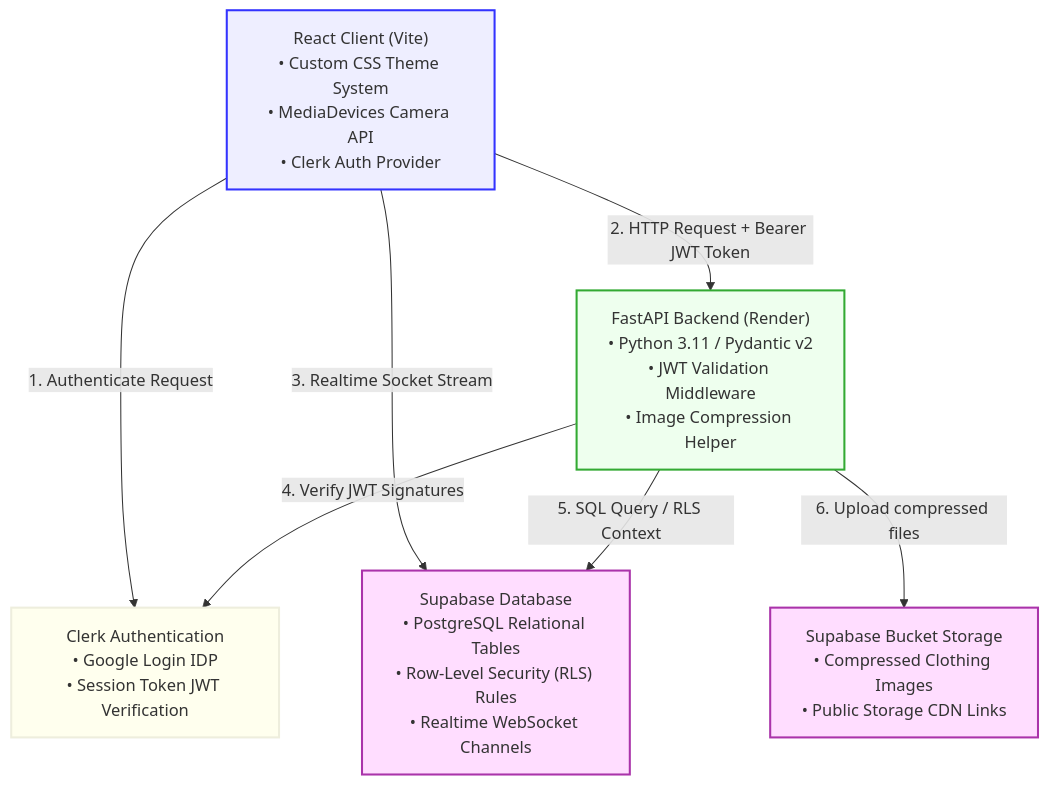
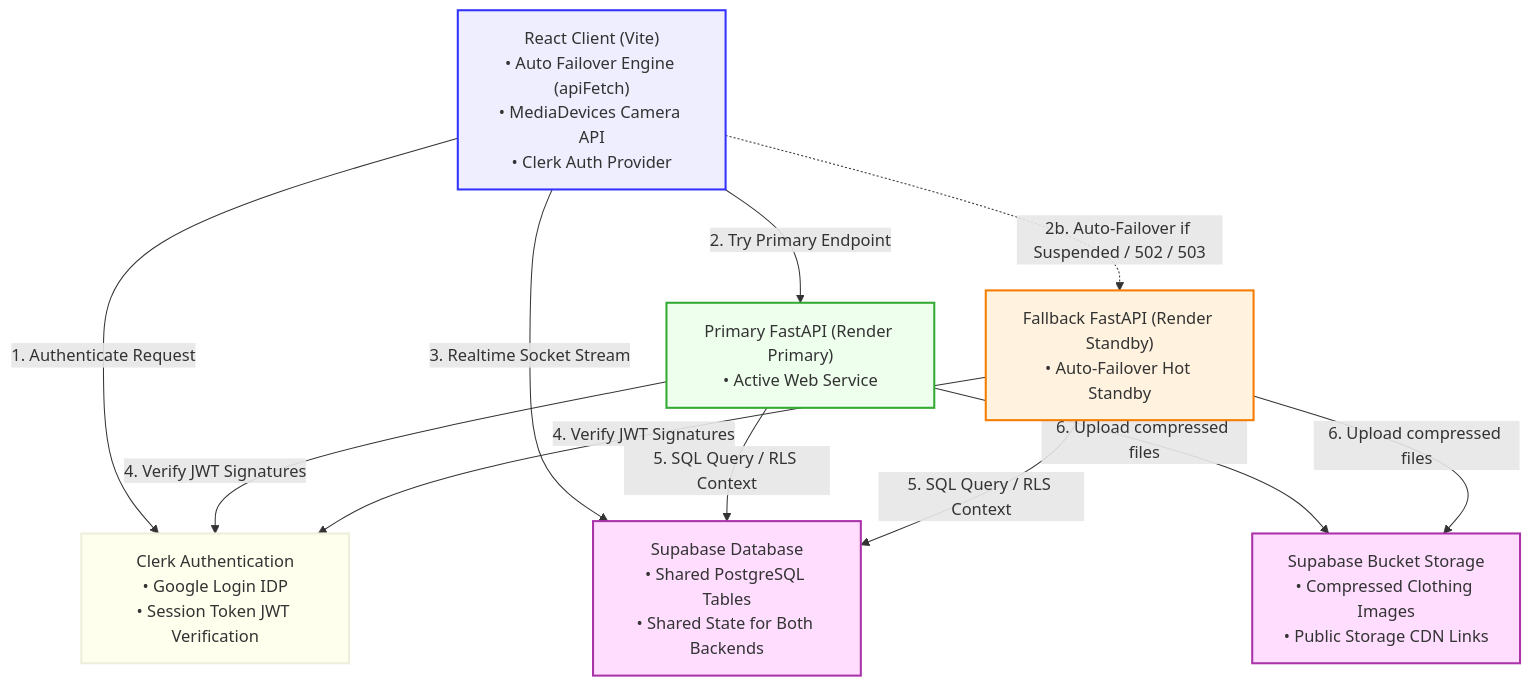
One commit to Vijajraj/CampusWash changed the first of 2 diagrams in README.md. Above: the diagram before and after it, drawn with Mermaid. The commit also changed other lines of this file and 12 other files, not shown here.

Commit message:
feat: implement high-availability multi-backend failover for Render with automated fallback and Blueprint

````diff
--- a/README.md
+++ b/README.md
@@ -19,20 +19,26 @@
 ```mermaid
 graph TD
     classDef client fill:#eef,stroke:#33f,stroke-width:2px;
     classDef auth fill:#ffe,stroke:#eed,stroke-width:2px;
     classDef backend fill:#efe,stroke:#3a3,stroke-width:2px;
+    classDef fallback fill:#fff3e0,stroke:#f57c00,stroke-width:2px;
     classDef db fill:#fdf,stroke:#a3a,stroke-width:2px;
 
-    Client["React Client (Vite)<br/>• Custom CSS Theme System<br/>• MediaDevices Camera API<br/>• Clerk Auth Provider"]:::client
+    Client["React Client (Vite)<br/>• Auto Failover Engine (apiFetch)<br/>• MediaDevices Camera API<br/>• Clerk Auth Provider"]:::client
     Clerk["Clerk Authentication<br/>• Google Login IDP<br/>• Session Token JWT Verification"]:::auth
-    API["FastAPI Backend (Render)<br/>• Python 3.11 / Pydantic v2<br/>• JWT Validation Middleware<br/>• Image Compression Helper"]:::backend
-    SupaDB["Supabase Database<br/>• PostgreSQL Relational Tables<br/>• Row-Level Security (RLS) Rules<br/>• Realtime WebSocket Channels"]:::db
+    PrimaryAPI["Primary FastAPI (Render Primary)<br/>• Active Web Service"]:::backend
+    FallbackAPI["Fallback FastAPI (Render Standby)<br/>• Auto-Failover Hot Standby"]:::fallback
+    SupaDB["Supabase Database<br/>• Shared PostgreSQL Tables<br/>• Shared State for Both Backends"]:::db
     SupaStorage["Supabase Bucket Storage<br/>• Compressed Clothing Images<br/>• Public Storage CDN Links"]:::db
 
     Client -->|1. Authenticate Request| Clerk
-    Client -->|2. HTTP Request + Bearer JWT Token| API
+    Client -->|2. Try Primary Endpoint| PrimaryAPI
+    Client -.->|2b. Auto-Failover if Suspended / 502 / 503| FallbackAPI
     Client -->|3. Realtime Socket Stream| SupaDB
-    API -->|4. Verify JWT Signatures| Clerk
-    API -->|5. SQL Query / RLS Context| SupaDB
-    API -->|6. Upload compressed files| SupaStorage
+    PrimaryAPI -->|4. Verify JWT Signatures| Clerk
+    PrimaryAPI -->|5. SQL Query / RLS Context| SupaDB
+    PrimaryAPI -->|6. Upload compressed files| SupaStorage
+    FallbackAPI -->|4. Verify JWT Signatures| Clerk
+    FallbackAPI -->|5. SQL Query / RLS Context| SupaDB
+    FallbackAPI -->|6. Upload compressed files| SupaStorage
 ```
````
